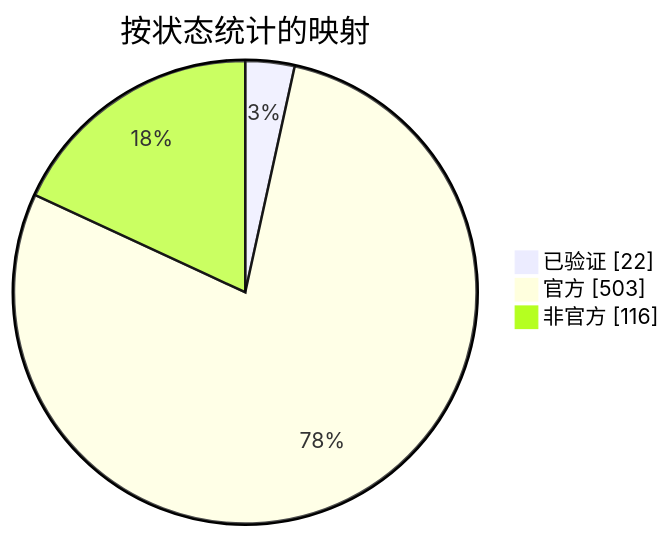
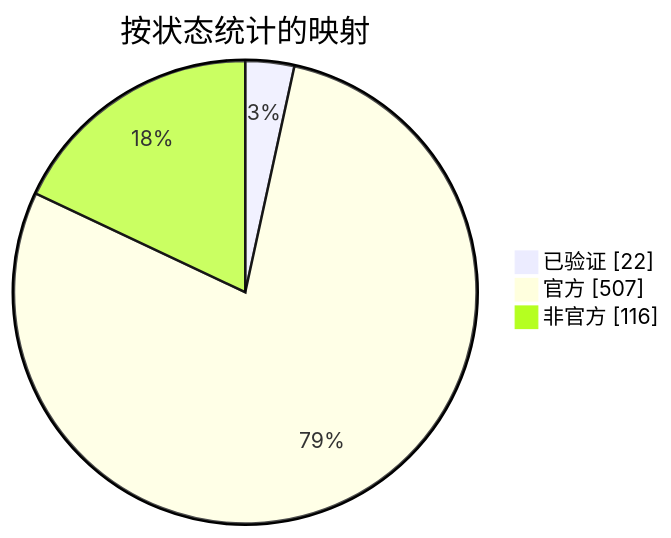
The diagram in docs/readme/README_ZHS.md (nobrega8/mbmap-library), drawn with Mermaid before and after one commit. The commit also changed 9 other files, not shown here.

````diff
--- a/docs/readme/README_ZHS.md
+++ b/docs/readme/README_ZHS.md
@@ -54,7 +54,7 @@
 ```mermaid
 pie showData
     title 按状态统计的映射
     "已验证" : 22
-    "官方" : 503
+    "官方" : 507
     "非官方" : 116
 ```
````
